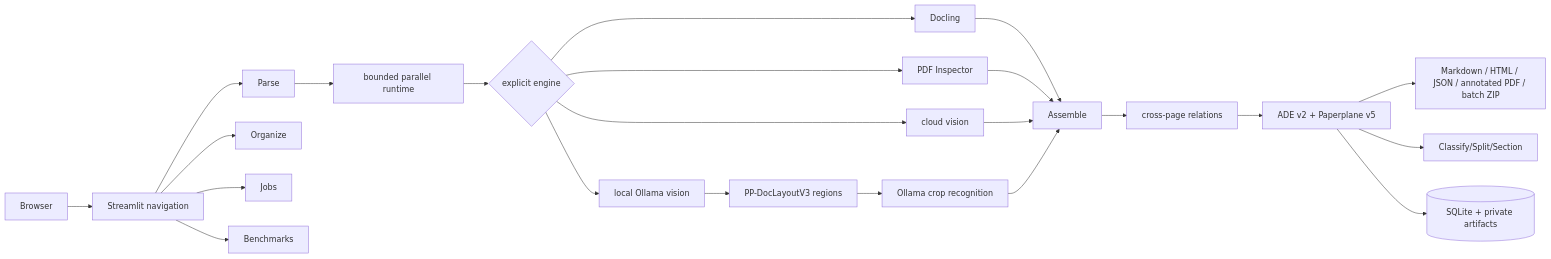
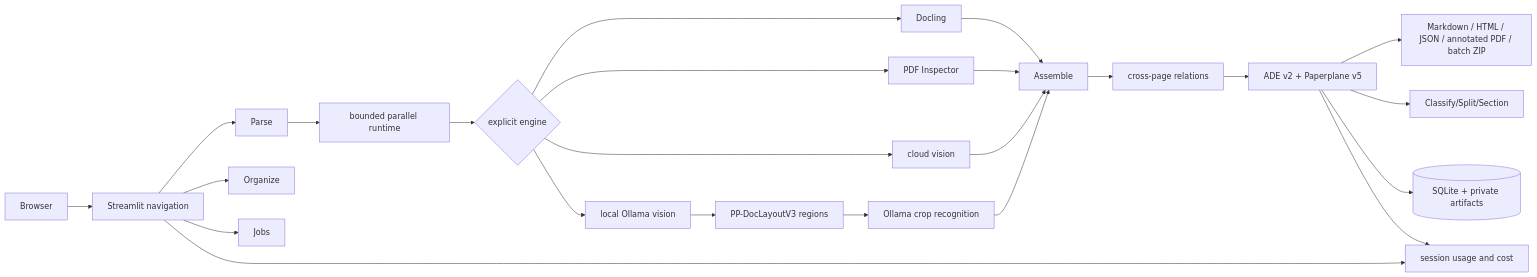
The diagram in docs/ARCHITECTURE.md (pypi-ahmad/Agentic-Document-Extraction), drawn with Mermaid before and after one commit. The commit also changed other lines of this file and 10 other files, not shown here.

````diff
--- a/docs/ARCHITECTURE.md
+++ b/docs/ARCHITECTURE.md
@@ -8,25 +8,26 @@
 ```mermaid
 flowchart LR
   Browser --> Navigation[Streamlit navigation]
   Navigation --> Parse
   Navigation --> Organize
   Navigation --> Jobs
-  Navigation --> Benchmarks
+  Navigation --> Cost[session usage and cost]
   Parse --> Runtime[bounded parallel runtime]
   Runtime --> Engines{explicit engine}
   Engines --> Docling
   Engines --> Inspector[PDF Inspector]
   Engines --> Cloud[cloud vision]
   Engines --> Ollama[local Ollama vision]
   Docling --> Assemble
   Inspector --> Assemble
   Cloud --> Assemble
   Ollama --> Layout[PP-DocLayoutV3 regions]
   Layout --> OllamaOCR[Ollama crop recognition]
   OllamaOCR --> Assemble
   Assemble --> Intelligence[cross-page relations]
   Intelligence --> Contracts[ADE v2 + Paperplane v5]
   Contracts --> Outputs[Markdown / HTML / JSON / annotated PDF / batch ZIP]
   Contracts --> Workflows[Classify/Split/Section]
   Contracts --> Store[(SQLite + private artifacts)]
+  Contracts --> Cost
 ```
````
